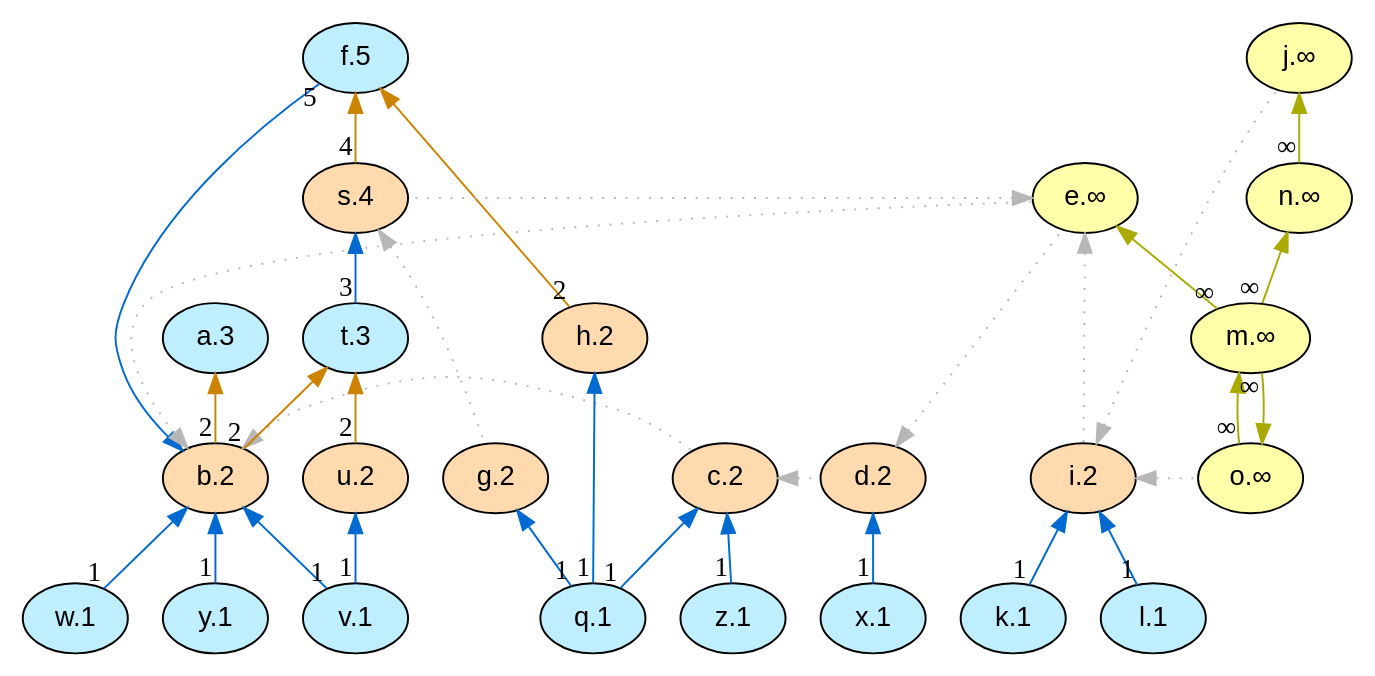
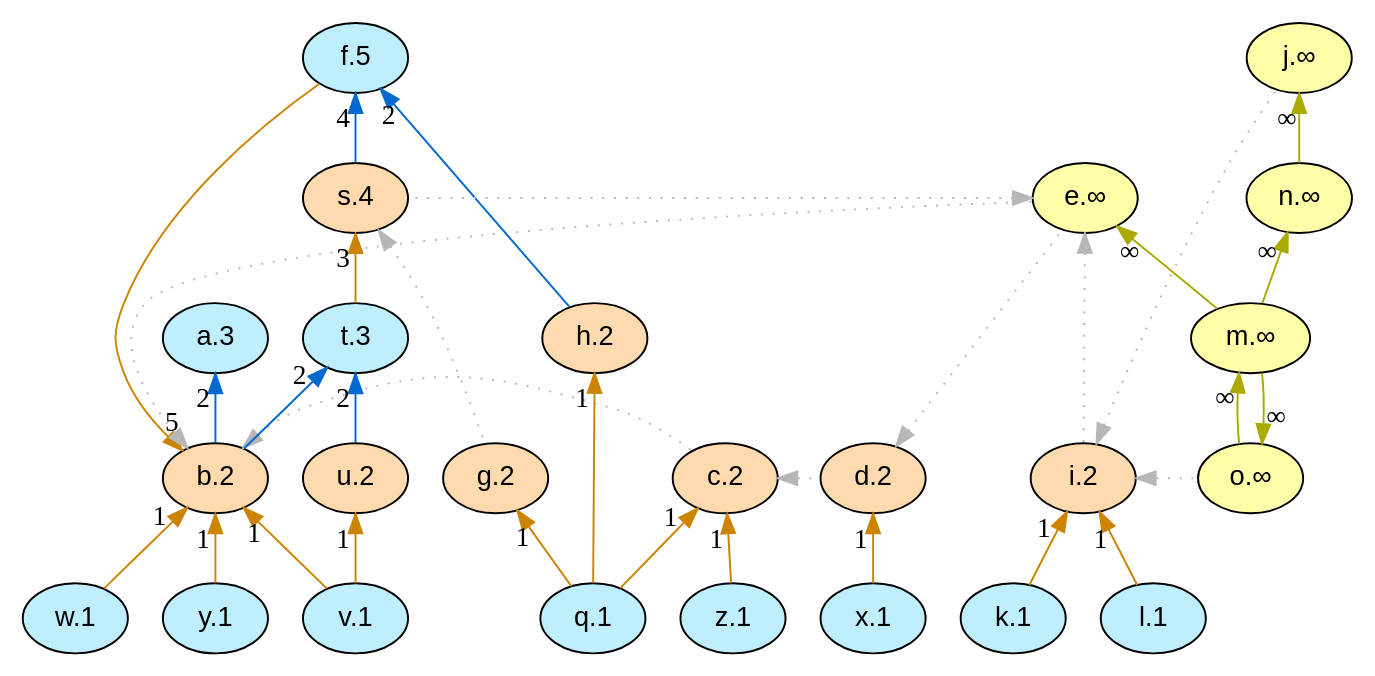
Before and after one commit to idaks/Games-and-Argumentation: the diagram in IDCC-2024/graphs/arg_graph_colored.dot, drawn with Graphviz. The commit also changed 18 other files, not shown here.

```diff
--- a/IDCC-2024/graphs/arg_graph_colored.dot
+++ b/IDCC-2024/graphs/arg_graph_colored.dot
@@ -1,73 +1,73 @@
 digraph G {
   rankdir="TB"
   node [shape=oval style=filled fontname=Helvetica fontsize=14]
   node [fillcolor="#ffdaaf" fontcolor="#000000"] 
        b[label="b.2"] 
        c[label="c.2"] 
        d[label="d.2"] 
        s[label="s.4"] 
        g[label="g.2"] 
        h[label="h.2"] 
        i[label="i.2"] 
        u[label="u.2"]
   node [fillcolor="#bfefff" fontcolor="#000000"] 
        a[label="a.3"] 
        t[label="t.3"] 
        f[label="f.5"] 
        k[label="k.1"] 
        l[label="l.1"] 
        q[label="q.1"] 
        v[label="v.1"] 
        w[label="w.1"] 
        x[label="x.1"] 
        y[label="y.1"] 
        z[label="z.1"]
   node [fillcolor="#FFFFAA" fontcolor="#000000"] 
        e[label="e.∞"] 
        j[label="j.∞"] 
        m[label="m.∞"] 
        o[label="o.∞"] 
        n[label="n.∞"]
-  edge [dir=back color="#cc8400" style="solid" headlabel="2"]
+  edge [dir=back color="#006ad1" style="solid" taillabel="2" labeldistance=1.5]
         "a" -> "b" 
         "t" -> "b" 
         "f" -> "h" 
         "t" -> "u" 
-  edge [dir=back color="#006ad1" style="solid" headlabel="5"]
+  edge [dir=back color="#cc8400" style="solid" taillabel="5" labeldistance=1.5]
         "b" -> "f" 
-  edge [dir=back color="#006ad1" style="solid" headlabel="1"]
+  edge [dir=back color="#cc8400" style="solid" taillabel="1" labeldistance=1.5]
         "i" -> "k" 
         "i" -> "l" 
         "g" -> "q" 
         "h" -> "q" 
         "c" -> "q" 
         "b" -> "v" 
         "u" -> "v" 
         "b" -> "w" 
         "d" -> "x" 
         "b" -> "y" 
         "c" -> "z" 
-  edge [dir=back color="#AAAA00" style="solid" headlabel="∞"]
+  edge [dir=back color="#AAAA00" style="solid" taillabel="∞" labeldistance=1.5]
         "e" -> "m" 
         "o" -> "m" 
         "n" -> "m" 
         "j" -> "n" 
         "m" -> "o" 
-  edge [dir=back color="#cc8400" style="solid" headlabel="4"]
+  edge [dir=back color="#006ad1" style="solid" taillabel="4" labeldistance=1.5]
         "f" -> "s" 
-  edge [dir=back color="#006ad1" style="solid" headlabel="3"]
+  edge [dir=back color="#cc8400" style="solid" taillabel="3" labeldistance=1.5]
         "s" -> "t" 
-  edge [dir=back color="#b7b7b7" style="dotted" constraint=false headlabel=" "]
+  edge [dir=back color="#b7b7b7" style="dotted" constraint=false taillabel=" " labeldistance=1.5]
         "b" -> "c" 
         "c" -> "d" 
         "b" -> "e" 
         "d" -> "e" 
         "s" -> "g" 
         "e" -> "i" 
         "i" -> "j" 
         "i" -> "o" 
         "e" -> "s" 
 
   {rank = max k l q v w x y z}
   {rank = min f}
 }
```
